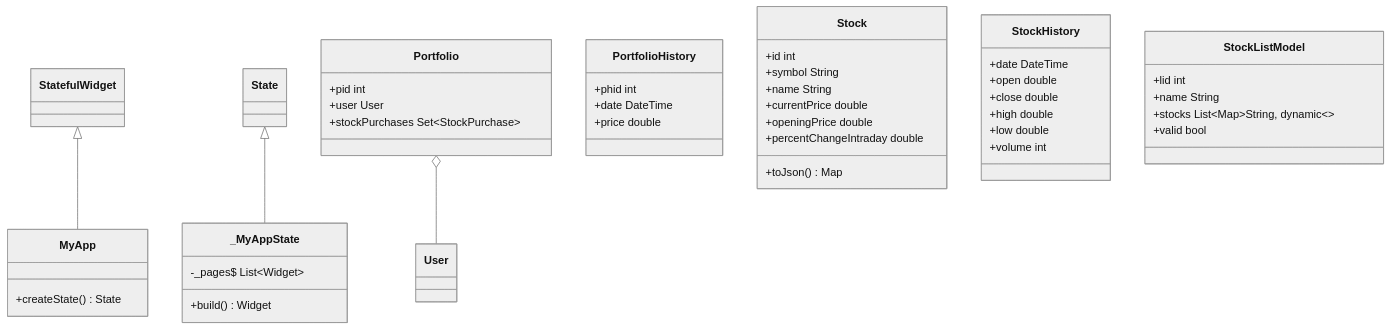
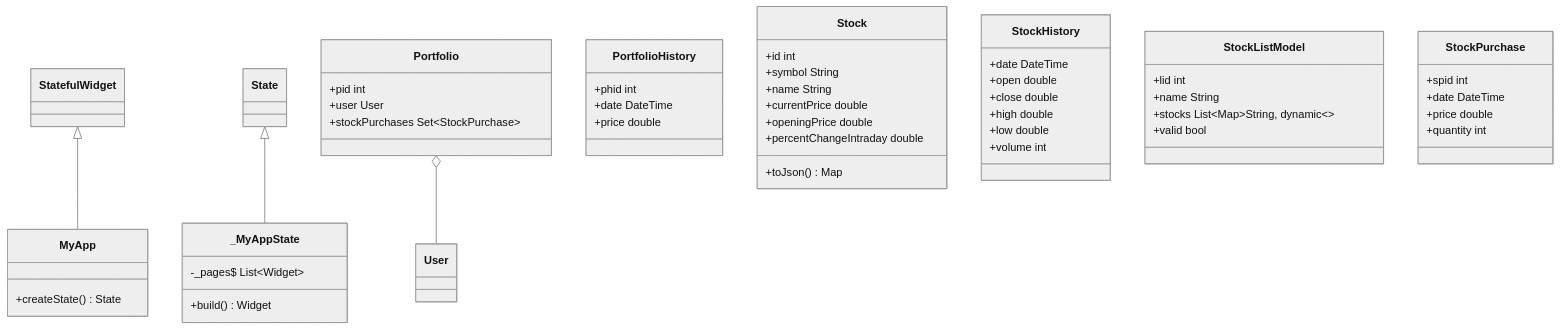
Before and after one commit to rednas-source/ExpensesApp: the diagram in README.md, drawn with Mermaid (neutral theme).

````diff
--- a/README.md
+++ b/README.md
@@ -21,45 +21,51 @@
 ```mermaid
 classDiagram
 class MyApp
 MyApp : +createState() State<MyApp>
 StatefulWidget <|-- MyApp
 
 class _MyAppState
 _MyAppState : -_pages$ List~Widget~
 _MyAppState : +build() Widget
 State <|-- _MyAppState
 
 class Portfolio
 Portfolio : +pid int
 Portfolio : +user User
 Portfolio o-- User
 Portfolio : +stockPurchases Set~StockPurchase~
 
 class PortfolioHistory
 PortfolioHistory : +phid int
 PortfolioHistory : +date DateTime
 PortfolioHistory : +price double
 
 class Stock
 Stock : +id int
 Stock : +symbol String
 Stock : +name String
 Stock : +currentPrice double
 Stock : +openingPrice double
 Stock : +percentChangeIntraday double
 Stock : +toJson() Map<String, dynamic>
 
 class StockHistory
 StockHistory : +date DateTime
 StockHistory : +open double
 StockHistory : +close double
 StockHistory : +high double
 StockHistory : +low double
 StockHistory : +volume int
 
 class StockListModel
 StockListModel : +lid int
 StockListModel : +name String
 StockListModel : +stocks List~Map~String, dynamic~~
 StockListModel : +valid bool
+
+class StockPurchase
+StockPurchase : +spid int
+StockPurchase : +date DateTime
+StockPurchase : +price double
+StockPurchase : +quantity int
 ```
````
